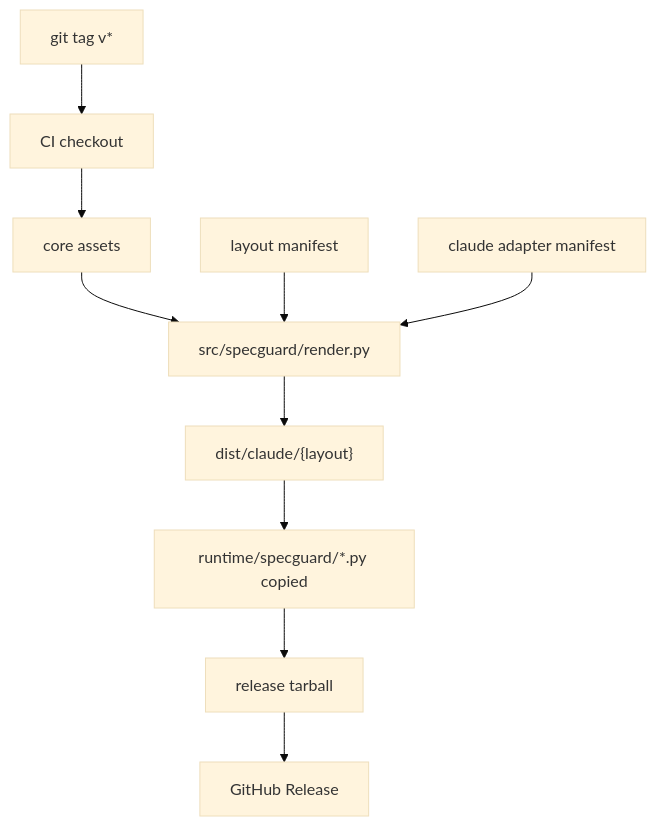
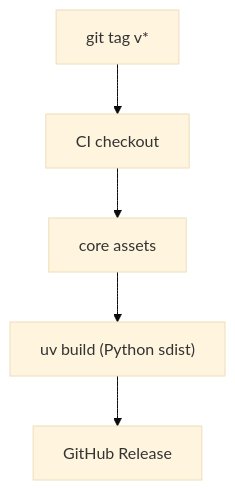
Before and after one commit to saberhaha/specguard: the first of 3 diagrams in docs/specguard/design.md, drawn with Mermaid (base theme). The commit also changed other lines of this file and 7 other files, not shown here.

````diff
--- a/docs/specguard/design.md
+++ b/docs/specguard/design.md
@@ -26,12 +26,7 @@
 ```mermaid
 flowchart TD
   T["git tag v*"] --> CI[CI checkout]
   CI --> A[core assets]
-  A --> RP["src/specguard/render.py"]
-  L[layout manifest] --> RP
-  C[claude adapter manifest] --> RP
-  RP --> RD["dist/claude/{layout}"]
-  RD --> M["runtime/specguard/*.py copied"]
-  M --> TB[release tarball]
-  TB --> GR[GitHub Release]
+  A --> B["uv build (Python sdist)"]
+  B --> GR[GitHub Release]
 ```
````
